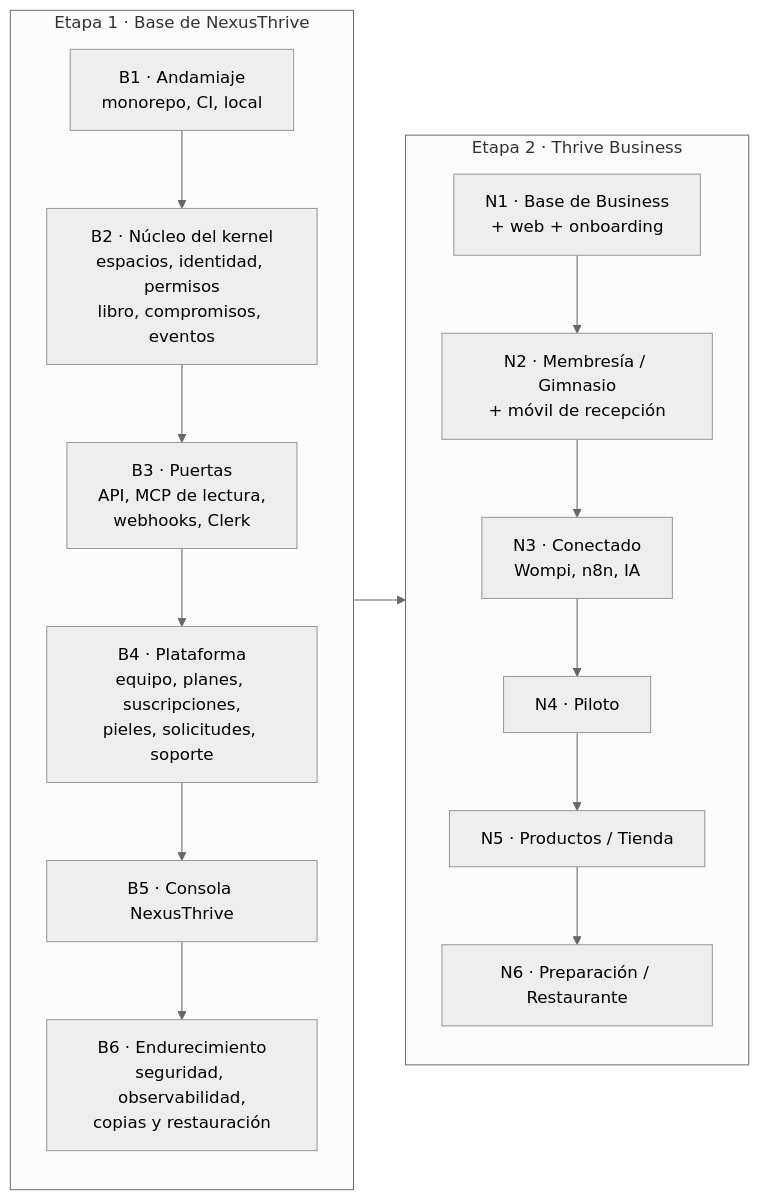
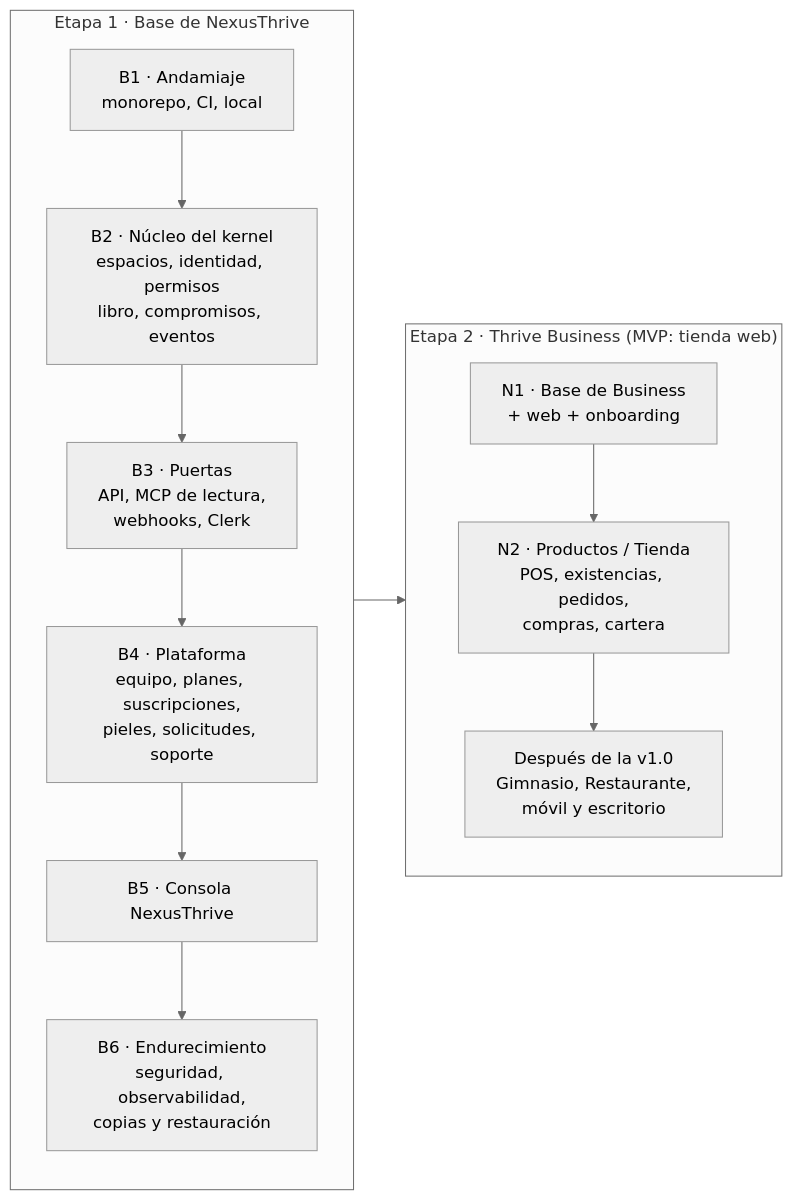
One commit to NexusThrive/nexusthrive changed the diagram in docs/02-arquitectura/hoja-de-ruta.md. Above: the diagram before and after it, drawn with Mermaid (neutral theme). The commit also changed other lines of this file and 8 other files, not shown here.

Commit message:
docs(adr): add ADR-0017 to ADR-0022 and reorder roadmap around the store MVP

````diff
--- a/docs/02-arquitectura/hoja-de-ruta.md
+++ b/docs/02-arquitectura/hoja-de-ruta.md
@@ -13,20 +13,17 @@
 ```mermaid
 flowchart LR
     subgraph E1["Etapa 1 · Base de NexusThrive"]
         direction TB
         B1["B1 · Andamiaje<br/>monorepo, CI, local"] --> B2["B2 · Núcleo del kernel<br/>espacios, identidad, permisos<br/>libro, compromisos, eventos"]
         B2 --> B3["B3 · Puertas<br/>API, MCP de lectura,<br/>webhooks, Clerk"]
         B3 --> B4["B4 · Plataforma<br/>equipo, planes, suscripciones,<br/>pieles, solicitudes, soporte"]
         B4 --> B5["B5 · Consola NexusThrive"]
         B5 --> B6["B6 · Endurecimiento<br/>seguridad, observabilidad,<br/>copias y restauración"]
     end
-    subgraph E2["Etapa 2 · Thrive Business"]
+    subgraph E2["Etapa 2 · Thrive Business (MVP: tienda web)"]
         direction TB
-        N1["N1 · Base de Business<br/>+ web + onboarding"] --> N2["N2 · Membresía / Gimnasio<br/>+ móvil de recepción"]
-        N2 --> N3["N3 · Conectado<br/>Wompi, n8n, IA"]
-        N3 --> N4["N4 · Piloto"]
-        N4 --> N5["N5 · Productos / Tienda"]
-        N5 --> N6["N6 · Preparación / Restaurante"]
+        N1["N1 · Base de Business<br/>+ web + onboarding"] --> N2["N2 · Productos / Tienda<br/>POS, existencias, pedidos,<br/>compras, cartera"]
+        N2 --> N3["Después de la v1.0<br/>Gimnasio, Restaurante,<br/>móvil y escritorio"]
     end
     E1 --> E2
 ```
````
